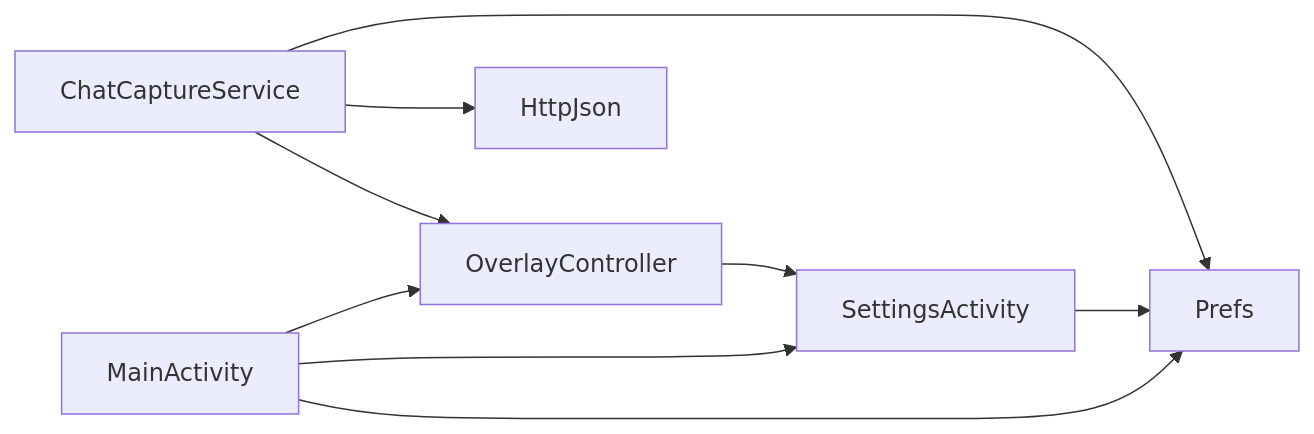
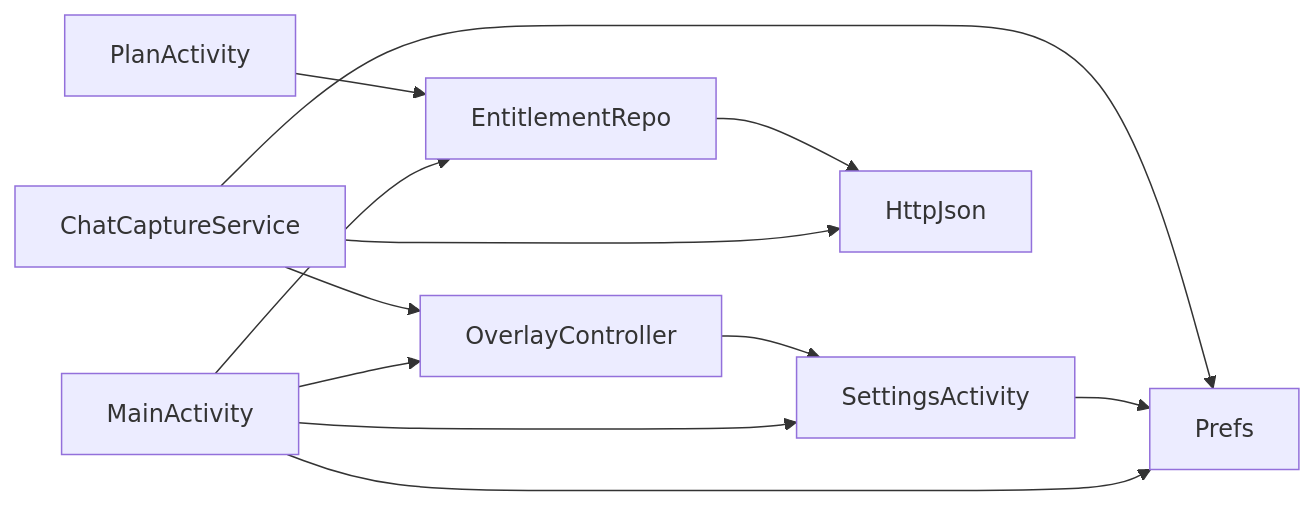
The tenth of 10 diagrams in .qoder/repowiki/en/content/User Interface Components/Main Application Interface.md (DeloYong/jev-chat-jarvis), drawn with Mermaid before and after one commit. The commit also changed other lines of this file and 66 other files, not shown here.

````diff
--- a/.qoder/repowiki/en/content/User Interface Components/Main Application Interface.md
+++ b/.qoder/repowiki/en/content/User Interface Components/Main Application Interface.md
@@ -374,11 +458,14 @@
 ```mermaid
 graph LR
 MainActivity --> Prefs
 MainActivity --> SettingsActivity
 MainActivity --> OverlayController
+MainActivity --> EntitlementRepo
 SettingsActivity --> Prefs
 ChatCaptureService --> Prefs
 ChatCaptureService --> OverlayController
 ChatCaptureService --> HttpJson
 OverlayController --> SettingsActivity
+EntitlementRepo --> HttpJson
+PlanActivity --> EntitlementRepo
 ```
````
